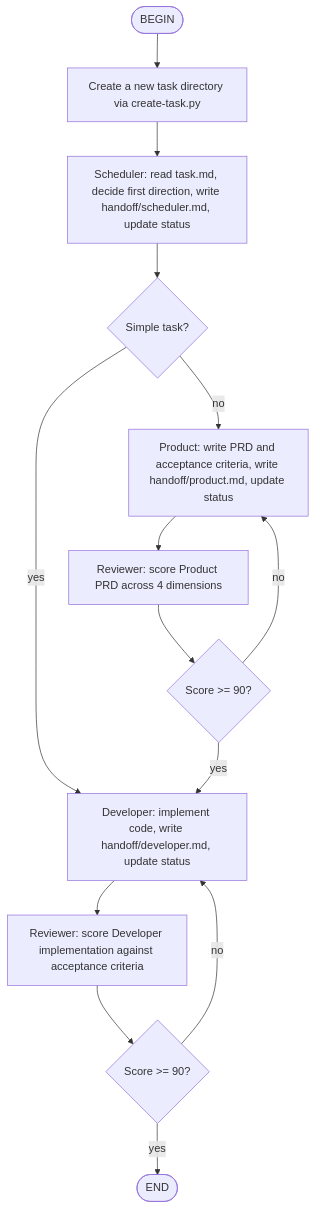
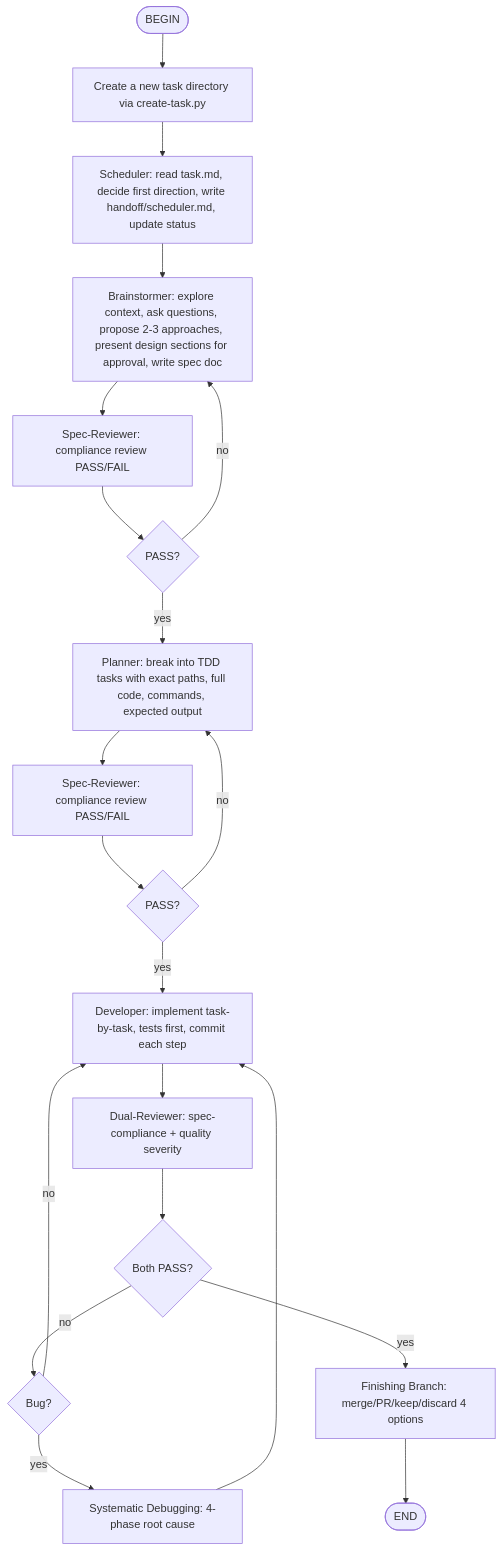
One commit to zhaojj11/ai-dev changed the diagram in .agents/skills/multi-agent-dev/SKILL.md. Above: the diagram before and after it, drawn with Mermaid. The commit also changed other lines of this file and 7 other files, not shown here.

````diff
--- a/.agents/skills/multi-agent-dev/SKILL.md
+++ b/.agents/skills/multi-agent-dev/SKILL.md
@@ -15,16 +18,22 @@
 ```mermaid
 flowchart TD
     BEGIN([BEGIN]) --> CREATE[Create a new task directory via create-task.py]
     CREATE --> SCHEDULER[Scheduler: read task.md, decide first direction, write handoff/scheduler.md, update status]
-    SCHEDULER --> CHECK{Simple task?}
-    CHECK -->|yes| DEV[Developer: implement code, write handoff/developer.md, update status]
-    CHECK -->|no| PRODUCT[Product: write PRD and acceptance criteria, write handoff/product.md, update status]
-    PRODUCT --> REVIEW_PRODUCT[Reviewer: score Product PRD across 4 dimensions]
-    REVIEW_PRODUCT --> PASS_PRODUCT{Score >= 90?}
-    PASS_PRODUCT -->|no| PRODUCT
-    PASS_PRODUCT -->|yes| DEV
-    DEV --> REVIEW_DEV[Reviewer: score Developer implementation against acceptance criteria]
-    REVIEW_DEV --> PASS_DEV{Score >= 90?}
-    PASS_DEV -->|no| DEV
-    PASS_DEV -->|yes| END([END])
+    SCHEDULER --> BRAINSTORM[Brainstormer: explore context, ask questions, propose 2-3 approaches, present design sections for approval, write spec doc]
+    BRAINSTORM --> REVIEW_SPEC[Spec-Reviewer: compliance review PASS/FAIL]
+    REVIEW_SPEC --> PASS_SPEC{PASS?}
+    PASS_SPEC -->|no| BRAINSTORM
+    PASS_SPEC -->|yes| PLAN[Planner: break into TDD tasks with exact paths, full code, commands, expected output]
+    PLAN --> REVIEW_PLAN[Spec-Reviewer: compliance review PASS/FAIL]
+    REVIEW_PLAN --> PASS_PLAN{PASS?}
+    PASS_PLAN -->|no| PLAN
+    PASS_PLAN -->|yes| DEV[Developer: implement task-by-task, tests first, commit each step]
+    DEV --> REVIEW_DEV[Dual-Reviewer: spec-compliance + quality severity]
+    REVIEW_DEV --> PASS_DEV{Both PASS?}
+    PASS_DEV -->|no| DEBUG{Bug?}
+    DEBUG -->|yes| SYSTEMATIC_DEBUG[Systematic Debugging: 4-phase root cause]
+    SYSTEMATIC_DEBUG --> DEV
+    DEBUG -->|no| DEV
+    PASS_DEV -->|yes| FINISH[Finishing Branch: merge/PR/keep/discard 4 options]
+    FINISH --> END([END])
 ```
````
